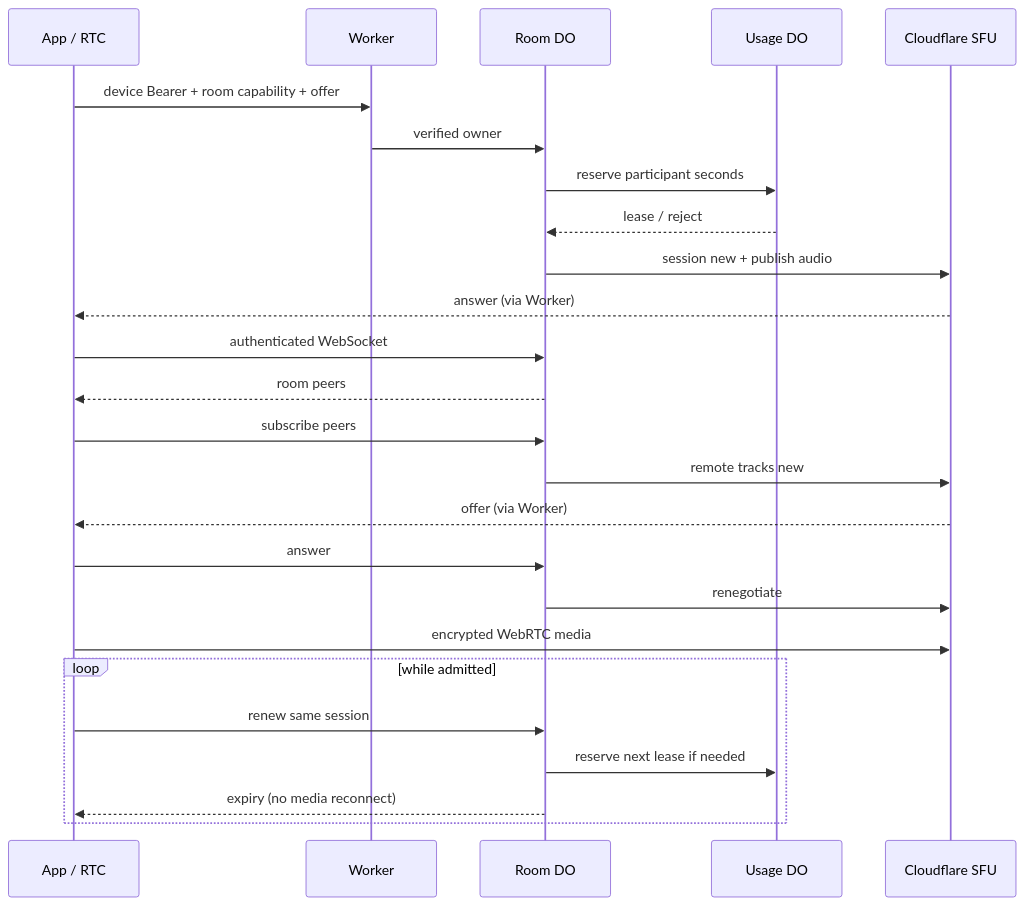
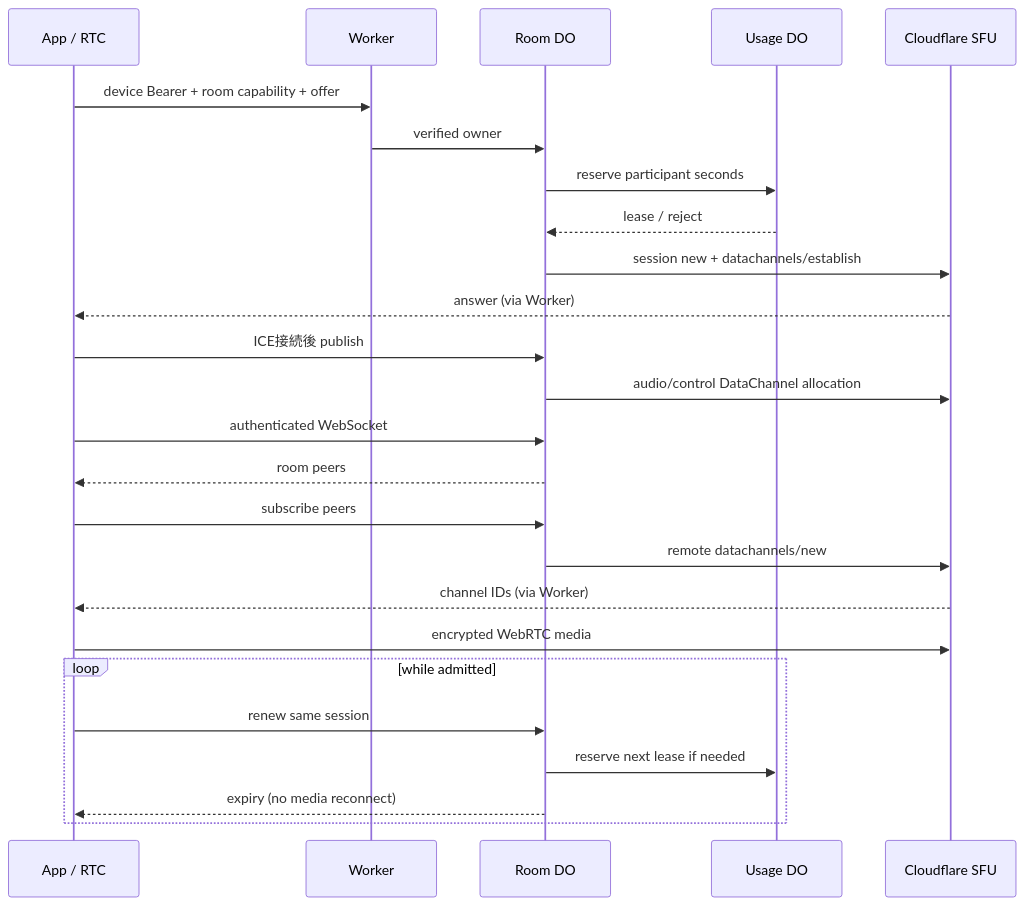
Before and after one commit to eroccowaruico/RideIntercom: the diagram in docs/spec/server/Worker.md, drawn with Mermaid. The commit also changed other lines of this file and 22 other files, not shown here.

````diff
--- a/docs/spec/server/Worker.md
+++ b/docs/spec/server/Worker.md
@@ -16,27 +16,27 @@
 ```mermaid
 sequenceDiagram
     participant A as App / RTC
     participant W as Worker
     participant R as Room DO
     participant U as Usage DO
     participant S as Cloudflare SFU
     A->>W: device Bearer + room capability + offer
     W->>R: verified owner
     R->>U: reserve participant seconds
     U-->>R: lease / reject
-    R->>S: session new + publish audio
+    R->>S: session new + datachannels/establish
     S-->>A: answer (via Worker)
+    A->>R: ICE接続後 publish
+    R->>S: audio/control DataChannel allocation
     A->>R: authenticated WebSocket
     R-->>A: room peers
     A->>R: subscribe peers
-    R->>S: remote tracks new
-    S-->>A: offer (via Worker)
-    A->>R: answer
-    R->>S: renegotiate
+    R->>S: remote datachannels/new
+    S-->>A: channel IDs (via Worker)
     A->>S: encrypted WebRTC media
     loop while admitted
         A->>R: renew same session
         R->>U: reserve next lease if needed
         R-->>A: expiry (no media reconnect)
     end
 ```
````
